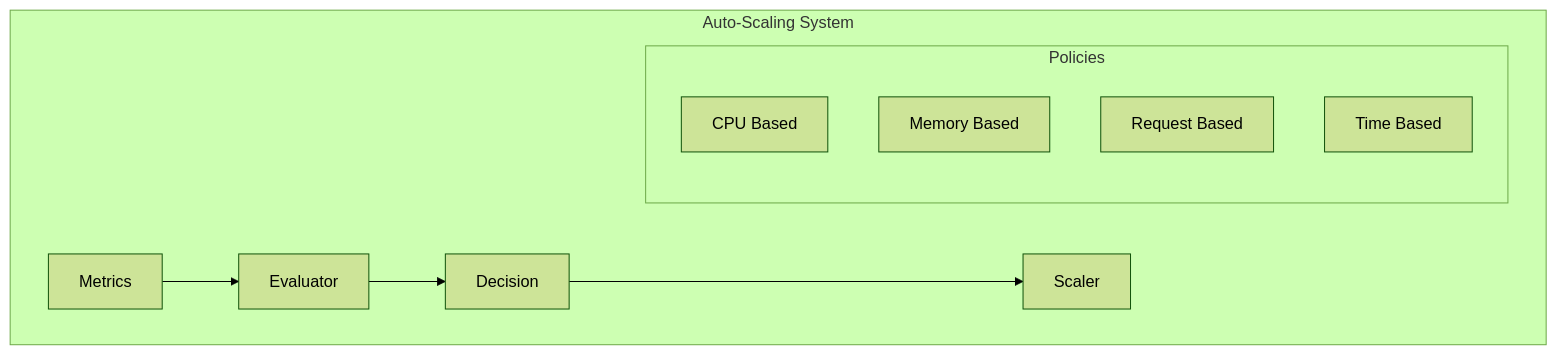
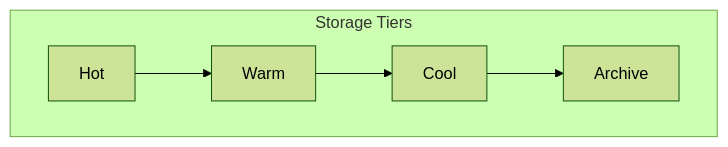
The second of 3 diagrams in src/Cost_Optimization_Strategies.md (saravanakumarrc/Architecture_Journey), drawn with Mermaid (forest theme) before and after one commit. The commit also changed other lines of this file and 2 other files, not shown here.

Commit message:
Add comprehensive documentation for Service Discovery Patterns, including core patterns, comparison matrix, architectural decision framework, health check patterns, integration strategies, and operational considerations.

````diff
--- a/src/Cost_Optimization_Strategies.md
+++ b/src/Cost_Optimization_Strategies.md
@@ -140,15 +28,8 @@
 ```mermaid
-graph TB
-    subgraph "Auto-Scaling System"
-        M[Metrics] --> E[Evaluator]
-        E --> D[Decision]
-        D --> S[Scaler]
-        
-        subgraph "Policies"
-            CPU[CPU Based]
-            MEM[Memory Based]
-            REQ[Request Based]
-            TIME[Time Based]
-        end
+graph TD
+    subgraph "Storage Tiers"
+        H[Hot] --> W[Warm]
+        W --> C[Cool]
+        C --> A[Archive]
     end
 ```
````
